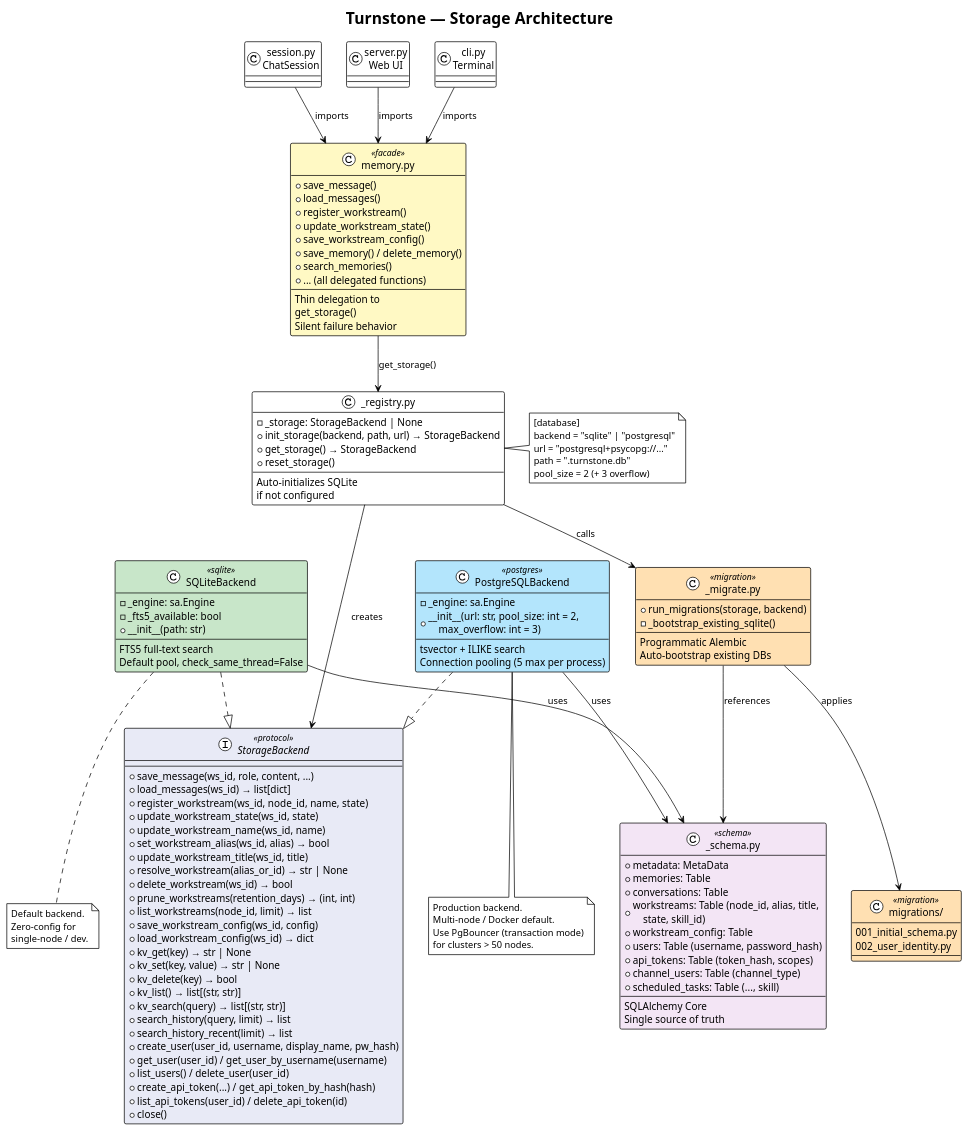
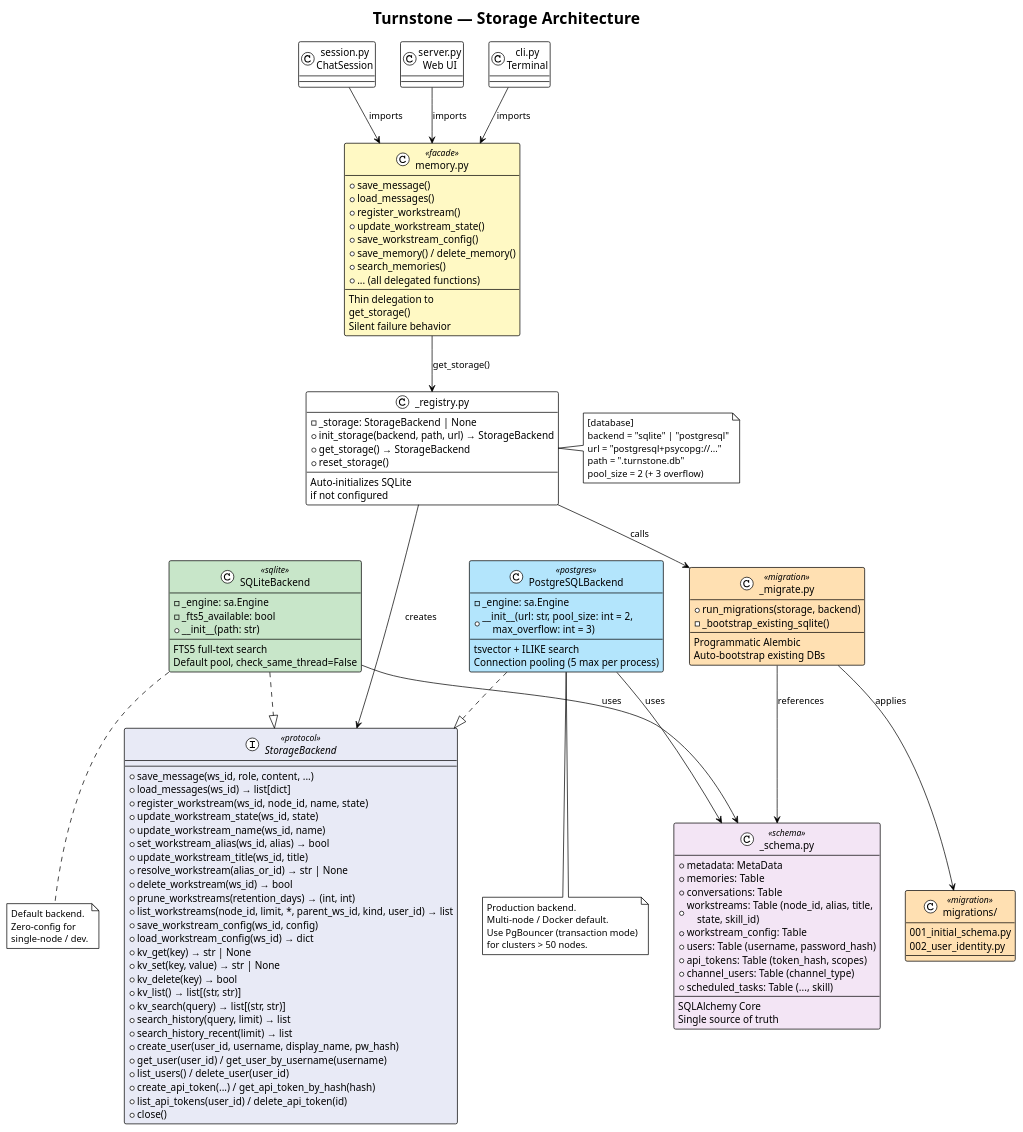
One commit to turnstonelabs/turnstone changed the diagram in docs/diagrams/14-storage-architecture.puml. Above: the diagram before and after it, drawn with PlantUML. The commit also changed 19 other files, not shown here.

First line of the commit message:
feat(core): WorkstreamKind enum + list_workstreams user_id filter

```diff
--- a/docs/diagrams/14-storage-architecture.puml
+++ b/docs/diagrams/14-storage-architecture.puml
@@ -1,170 +1,170 @@
 @startuml
 !theme plain
 title Turnstone — Storage Architecture
 
 skinparam class {
     BackgroundColor<<protocol>> #E8EAF6
     BackgroundColor<<sqlite>> #C8E6C9
     BackgroundColor<<postgres>> #B3E5FC
     BackgroundColor<<facade>> #FFF9C4
     BackgroundColor<<migration>> #FFE0B2
     BackgroundColor<<schema>> #F3E5F5
 }
 
 ' -- Protocol --
 interface "StorageBackend" as SB <<protocol>> {
     +save_message(ws_id, role, content, ...)
     +load_messages(ws_id) → list[dict]
     +register_workstream(ws_id, node_id, name, state)
     +update_workstream_state(ws_id, state)
     +update_workstream_name(ws_id, name)
     +set_workstream_alias(ws_id, alias) → bool
     +update_workstream_title(ws_id, title)
     +resolve_workstream(alias_or_id) → str | None
     +delete_workstream(ws_id) → bool
     +prune_workstreams(retention_days) → (int, int)
-    +list_workstreams(node_id, limit) → list
+    +list_workstreams(node_id, limit, *, parent_ws_id, kind, user_id) → list
     +save_workstream_config(ws_id, config)
     +load_workstream_config(ws_id) → dict
     +kv_get(key) → str | None
     +kv_set(key, value) → str | None
     +kv_delete(key) → bool
     +kv_list() → list[(str, str)]
     +kv_search(query) → list[(str, str)]
     +search_history(query, limit) → list
     +search_history_recent(limit) → list
     +create_user(user_id, username, display_name, pw_hash)
     +get_user(user_id) / get_user_by_username(username)
     +list_users() / delete_user(user_id)
     +create_api_token(...) / get_api_token_by_hash(hash)
     +list_api_tokens(user_id) / delete_api_token(id)
     +close()
 }
 
 ' -- Backends --
 class "SQLiteBackend" as SQLite <<sqlite>> {
     -_engine: sa.Engine
     -_fts5_available: bool
     +__init__(path: str)
     --
     FTS5 full-text search
     Default pool, check_same_thread=False
 }
 
 class "PostgreSQLBackend" as PG <<postgres>> {
     -_engine: sa.Engine
     +__init__(url: str, pool_size: int = 2,\n    max_overflow: int = 3)
     --
     tsvector + ILIKE search
     Connection pooling (5 max per process)
 }
 
 ' -- Schema --
 class "_schema.py" as Schema <<schema>> {
     +metadata: MetaData
     +memories: Table
     +conversations: Table
     +workstreams: Table (node_id, alias, title,\n    state, skill_id)
     +workstream_config: Table
     +users: Table (username, password_hash)
     +api_tokens: Table (token_hash, scopes)
     +channel_users: Table (channel_type)
     +scheduled_tasks: Table (..., skill)
     --
     SQLAlchemy Core
     Single source of truth
 }
 
 ' -- Migration --
 class "_migrate.py" as Migrate <<migration>> {
     +run_migrations(storage, backend)
     -_bootstrap_existing_sqlite()
     --
     Programmatic Alembic
     Auto-bootstrap existing DBs
 }
 
 class "migrations/" as Versions <<migration>> {
     001_initial_schema.py
     002_user_identity.py
 }
 
 ' -- Registry --
 class "_registry.py" as Registry {
     -_storage: StorageBackend | None
     +init_storage(backend, path, url) → StorageBackend
     +get_storage() → StorageBackend
     +reset_storage()
     --
     Auto-initializes SQLite
     if not configured
 }
 
 ' -- Facade --
 class "memory.py" as Facade <<facade>> {
     +save_message()
     +load_messages()
     +register_workstream()
     +update_workstream_state()
     +save_workstream_config()
     +save_memory() / delete_memory()
     +search_memories()
     +... (all delegated functions)
     --
     Thin delegation to
     get_storage()
     Silent failure behavior
 }
 
 ' -- Consumers --
 class "session.py\nChatSession" as Session {
 }
 
 class "server.py\nWeb UI" as Server {
 }
 
 class "cli.py\nTerminal" as CLI {
 }
 
 ' -- Relationships --
 SQLite ..|> SB
 PG ..|> SB
 
 SQLite --> Schema : uses
 PG --> Schema : uses
 
 Registry --> SB : creates
 Registry --> Migrate : calls
 
 Migrate --> Versions : applies
 Migrate --> Schema : references
 
 Facade --> Registry : get_storage()
 
 Session --> Facade : imports
 Server --> Facade : imports
 CLI --> Facade : imports
 
 ' -- Config --
 note right of Registry
   [database]
   backend = "sqlite" | "postgresql"
   url = "postgresql+psycopg://..."
   path = ".turnstone.db"
   pool_size = 2 (+ 3 overflow)
 end note
 
 note bottom of SQLite
   Default backend.
   Zero-config for
   single-node / dev.
 end note
 
 note bottom of PG
   Production backend.
   Multi-node / Docker default.
   Use PgBouncer (transaction mode)
   for clusters > 50 nodes.
 end note
 
 @enduml
```
